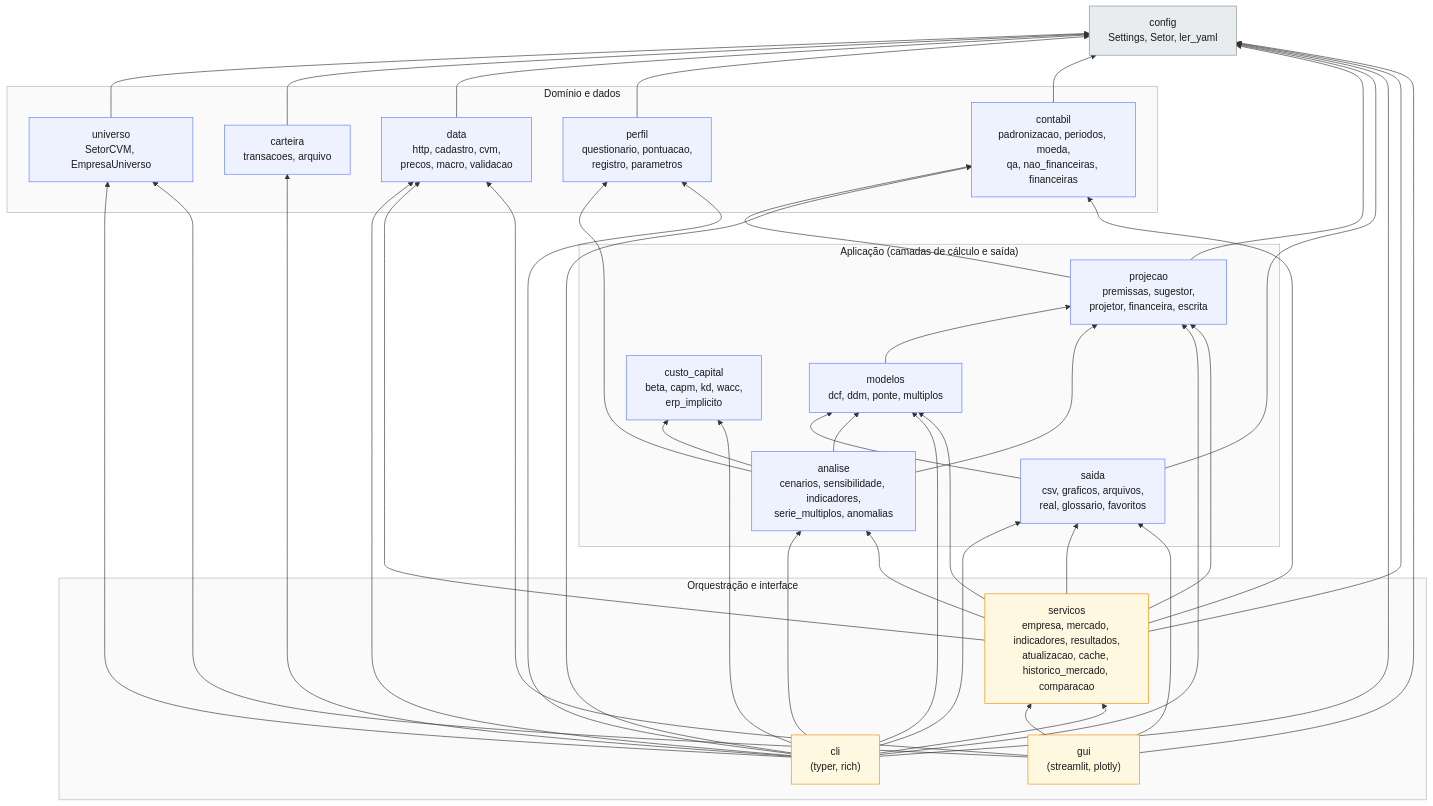
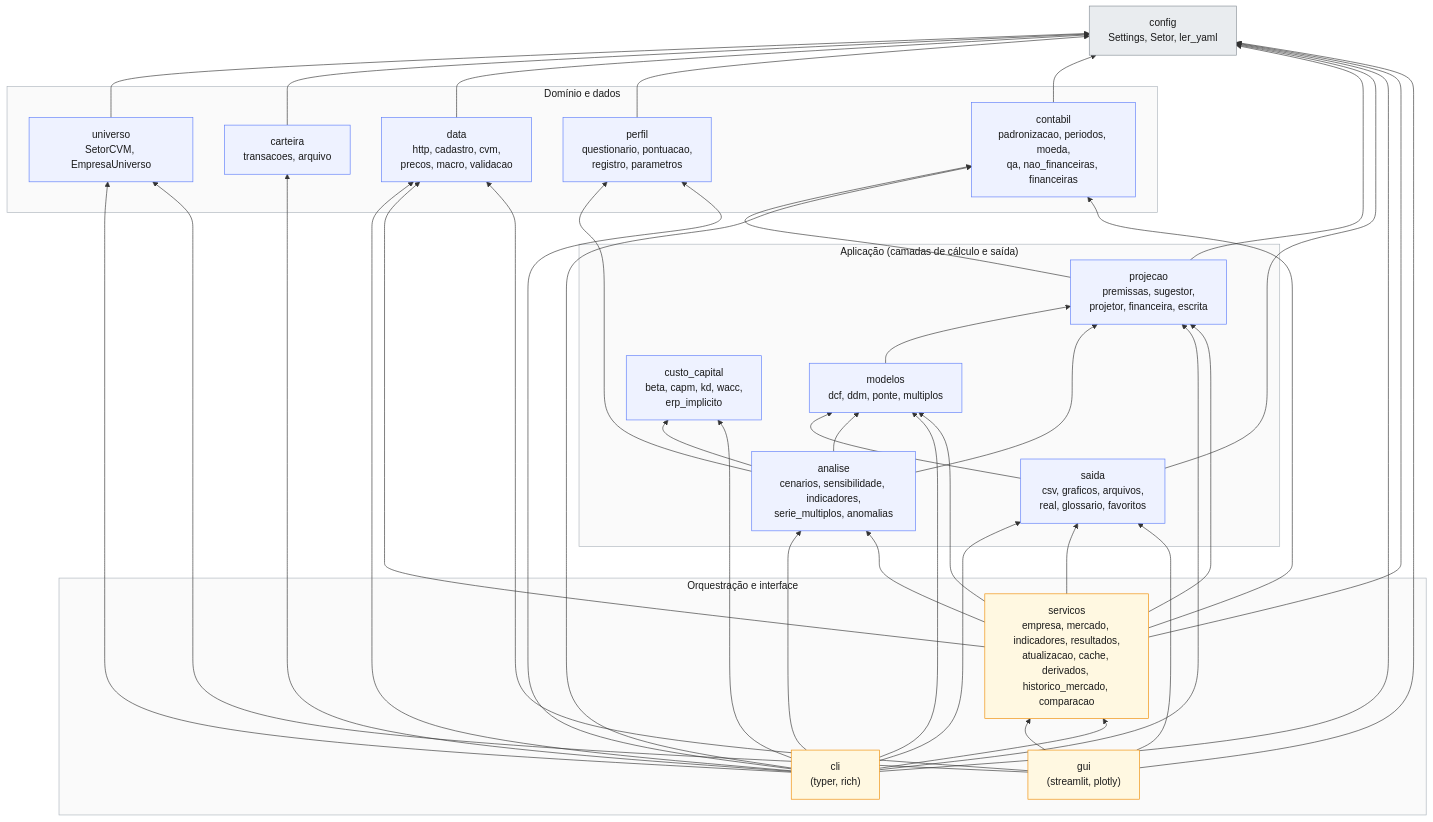
The first of 3 diagrams in docs/diagrama_arquitetura.md (luiz2801/lastro), drawn with Mermaid before and after one commit. The commit also changed other lines of this file and 12 other files, not shown here.

First line of the commit message:
servicos: cache em disco de séries e medidas e padronização mais rápida (E, ADR 0024)

````diff
--- a/docs/diagrama_arquitetura.md
+++ b/docs/diagrama_arquitetura.md
@@ -11,50 +11,50 @@
 ```mermaid
 flowchart BT
     subgraph ORQ["Orquestração e interface"]
         cli["cli<br/>(typer, rich)"]
         gui["gui<br/>(streamlit, plotly)"]
-        servicos["servicos<br/>empresa, mercado, indicadores, resultados,<br/>atualizacao, cache, historico_mercado, comparacao"]
+        servicos["servicos<br/>empresa, mercado, indicadores, resultados,<br/>atualizacao, cache, derivados, historico_mercado, comparacao"]
     end
 
     subgraph APL["Aplicação (camadas de cálculo e saída)"]
         saida["saida<br/>csv, graficos, arquivos,<br/>real, glossario, favoritos"]
         analise["analise<br/>cenarios, sensibilidade, indicadores,<br/>serie_multiplos, anomalias"]
         modelos["modelos<br/>dcf, ddm, ponte, multiplos"]
         projecao["projecao<br/>premissas, sugestor,<br/>projetor, financeira, escrita"]
         custo["custo_capital<br/>beta, capm, kd, wacc,<br/>erp_implicito"]
     end
 
     subgraph DOM["Domínio e dados"]
         contabil["contabil<br/>padronizacao, periodos, moeda,<br/>qa, nao_financeiras, financeiras"]
         perfil["perfil<br/>questionario, pontuacao,<br/>registro, parametros"]
         data["data<br/>http, cadastro, cvm,<br/>precos, macro, validacao"]
         carteira["carteira<br/>transacoes, arquivo"]
         universo["universo<br/>SetorCVM, EmpresaUniverso"]
     end
 
     config["config<br/>Settings, Setor, ler_yaml"]
 
     cli --> servicos
     gui --> servicos & saida & data & universo & config
     servicos --> saida & analise & modelos & contabil & data & projecao & config
     cli --> saida & analise & modelos & projecao & custo & contabil & perfil & data & carteira & universo & config
     analise --> modelos & projecao & custo & perfil
     saida --> modelos & config
     modelos --> projecao
     projecao --> contabil & config
     contabil --> config
     perfil --> config
     data --> config
     carteira --> config
     universo --> config
 
     classDef pacote fill:#eef2ff,stroke:#5c7cfa,color:#1a1a1a
     classDef base fill:#e9ecef,stroke:#868e96,color:#1a1a1a
     classDef topo fill:#fff8e1,stroke:#f08c00,color:#1a1a1a
     class saida,analise,modelos,projecao,custo,contabil,perfil,data,carteira,universo pacote
     class config base
     class cli,gui,servicos topo
     style ORQ fill:#fafafa,stroke:#adb5bd,color:#1a1a1a
     style APL fill:#fafafa,stroke:#adb5bd,color:#1a1a1a
     style DOM fill:#fafafa,stroke:#adb5bd,color:#1a1a1a
 ```
````
